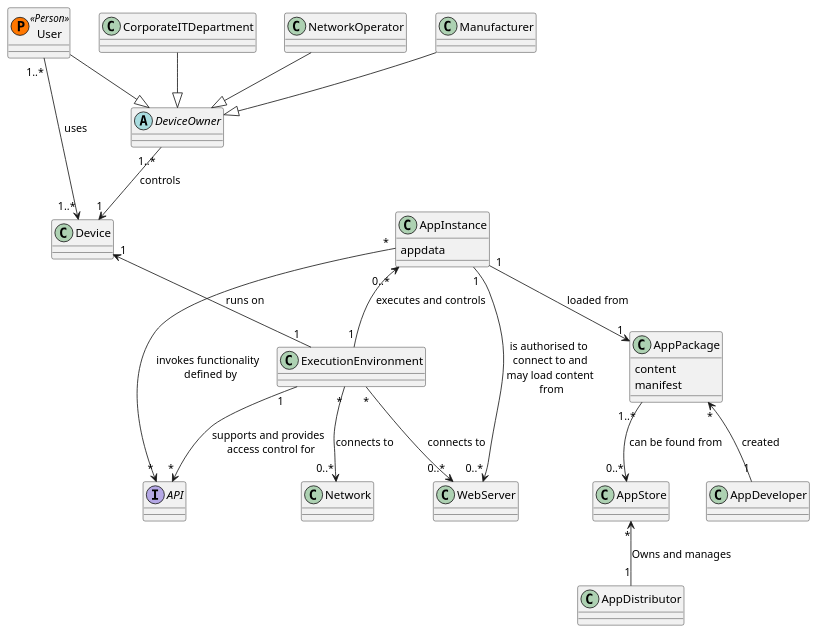
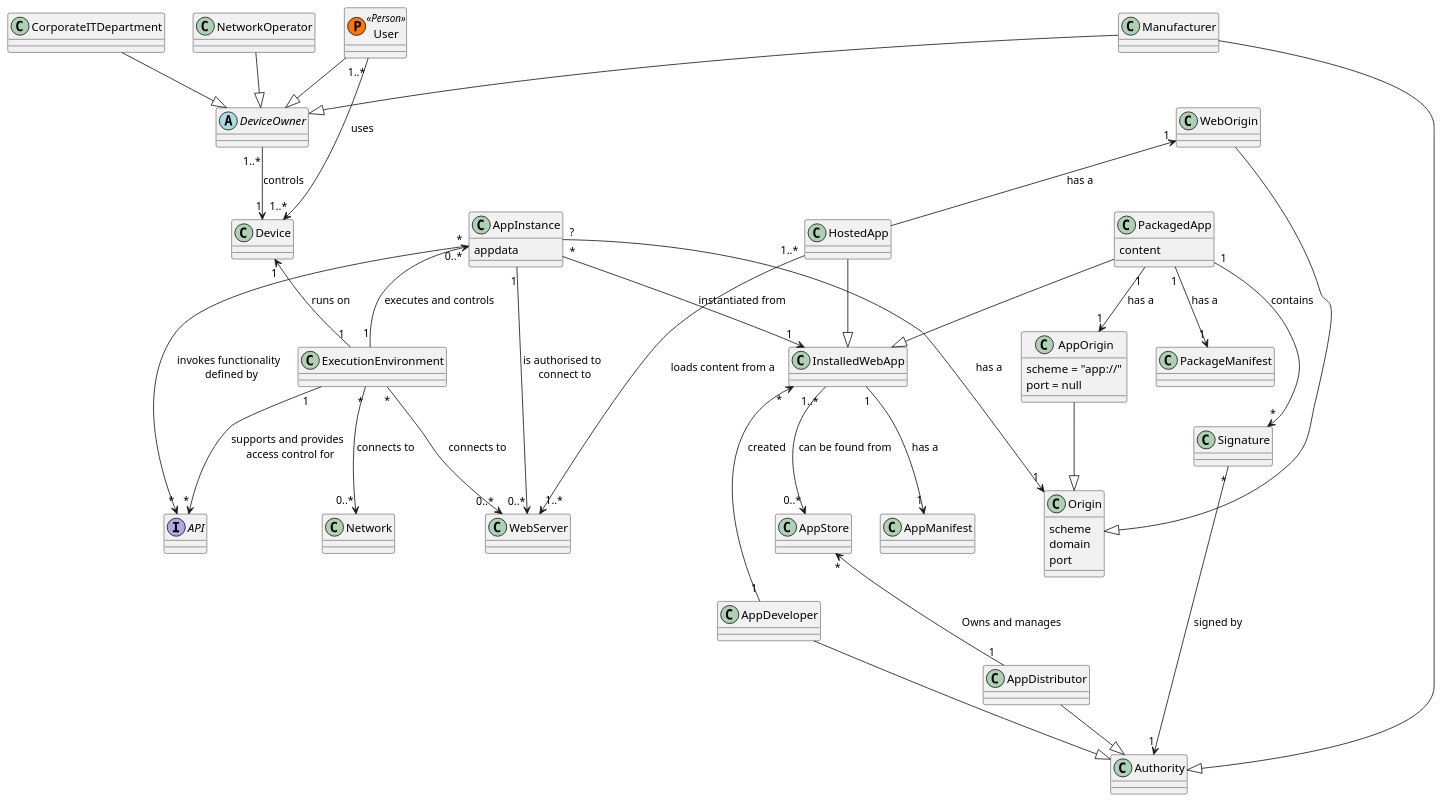
The diagram in security-requirements/security-model-concept-map.plantuml (sysapps/notes), drawn with PlantUML before and after one commit. The commit also changed 1 other file, not shown here.

Commit message:
Update to the security requirements object model to include packaged and hosted apps.

```diff
--- a/security-requirements/security-model-concept-map.plantuml
+++ b/security-requirements/security-model-concept-map.plantuml
@@ -1,66 +1,110 @@
 @startuml security-model-concept-map.png
 
 class User << (P,#FF7700) Person >>
 
 abstract class DeviceOwner {
 
 }
 
 class CorporateITDepartment {
 
 }
 
 class Device { 
 
 }
 
 class ExecutionEnvironment {
 
 }
 
 class AppInstance {
     appdata
 }
 
-class AppPackage {
+class PackagedApp {
     content
-    manifest
+}
+
+class InstalledWebApp {
+
+}
+
+class AppManifest {
+
+}
+
+class PackageManifest {
+
+}
+
+class HostedApp {
+
 }
 
 class Network {
 
 }
 
 class WebServer {
     
 }
 
 class AppStore {
 
 }
 
+class Origin {
+    scheme
+    domain
+    port
+}
+
+class AppOrigin {
+	scheme = "app://"
+	port = null
+}
+
 
 interface API {
 
 }
-
 
 User                  "1..*"  --> "1..*"  Device                 : uses
 DeviceOwner           "1..*"  --> "1"     Device                 : controls
 User                          --|>        DeviceOwner            
 NetworkOperator               --|>        DeviceOwner            
 Manufacturer                  --|>        DeviceOwner  
 CorporateITDepartment         --|>        DeviceOwner  
 Device                "1"     <-- "1"     ExecutionEnvironment   : runs on
 AppInstance           "0..*"  <-- "1"     ExecutionEnvironment   : executes and controls
 ExecutionEnvironment  "1"     --> "*"     API                    : supports and provides \n access control for
 AppInstance           "*"     --> "*"     API                    : invokes functionality \n defined by
-AppInstance           "1"     --> "1"     AppPackage             : loaded from
 ExecutionEnvironment  "*"     --> "0..*"  Network                : connects to
 ExecutionEnvironment  "*"     --> "0..*"  WebServer              : connects to
-AppInstance           "1"     --> "0..*"  WebServer              : is authorised to \n connect to and \n may load content \n from
-AppPackage            "*"     <-- "1"     AppDeveloper           : created
-AppPackage            "1..*"  --> "0..*"  AppStore               : can be found from
+AppInstance           "1"     --> "0..*"  WebServer              : is authorised to \n connect to
+AppInstance           "*"     --> "1"     InstalledWebApp        : instantiated from
+PackagedApp                   --|>        InstalledWebApp
+HostedApp                     --|>        InstalledWebApp
+AppInstance           "?"     --> "1"     Origin                 : has a
+WebOrigin             "1"     <--         HostedApp              : has a
+WebOrigin                     --|>        Origin
+AppOrigin                     --|>        Origin
+HostedApp             "1..*"  --> "1..*"  WebServer              : loads content from a
+
+PackagedApp           "1"     --> "1"     AppOrigin              : has a
+PackagedApp           "1"     --> "1"     PackageManifest        : has a
+InstalledWebApp       "1"     --> "1"     AppManifest            : has a
+
+PackagedApp           "1"     --> "*"     Signature              : contains
+Signature             "*"     --> "1"     Authority              : signed by
+
+AppDeveloper                  --|>        Authority
+Manufacturer	              --|>        Authority
+AppDistributor                --|>        Authority
+
+InstalledWebApp       "*"     <-- "1"     AppDeveloper           : created
+InstalledWebApp       "1..*"  --> "0..*"  AppStore               : can be found from
 AppStore              "*"     <-- "1"     AppDistributor         : Owns and manages
 
 @enduml
```
